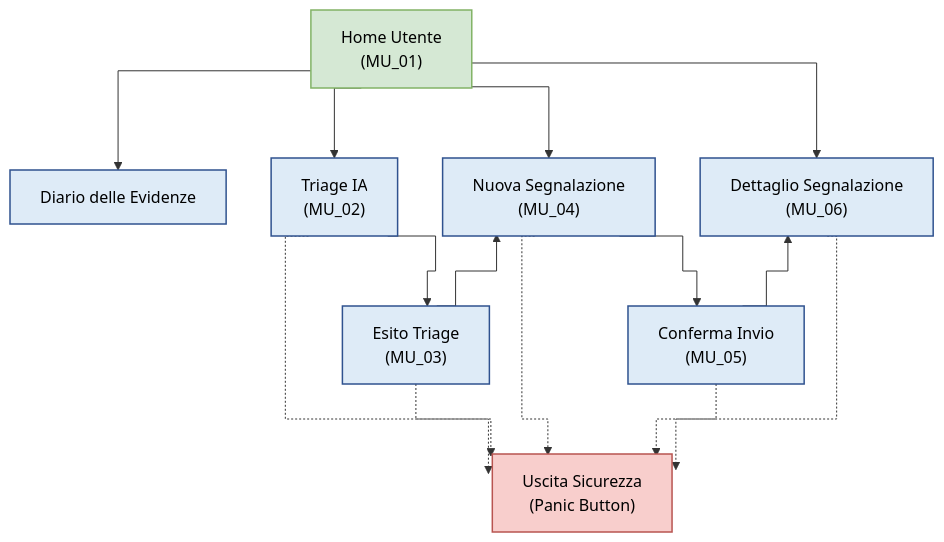
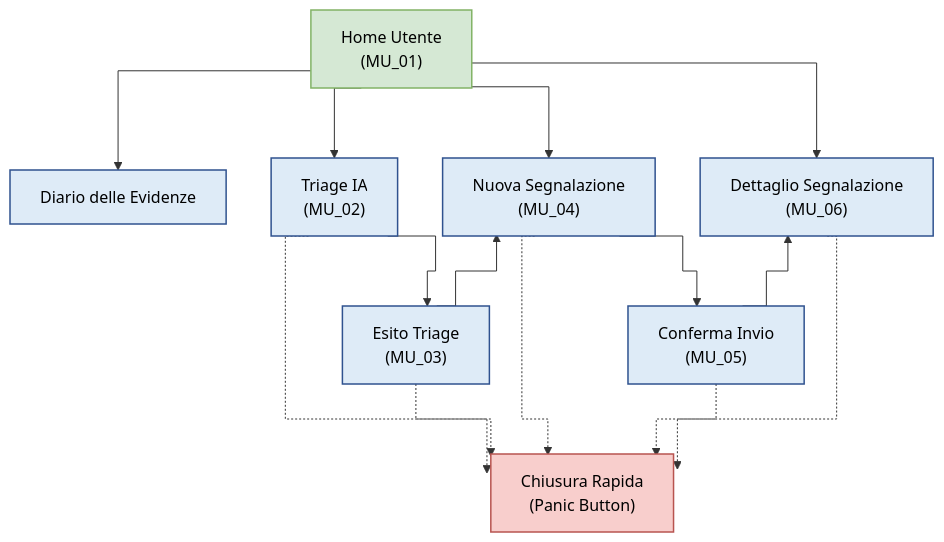
One commit to pharos-oss/pharos changed the diagram in docs/models/navigational/NP_01_Utente.mmd. Above: the diagram before and after it, drawn with Mermaid. The commit also changed 15 other files, not shown here.

```diff
--- a/docs/models/navigational/NP_01_Utente.mmd
+++ b/docs/models/navigational/NP_01_Utente.mmd
@@ -1,40 +1,40 @@
 %%{init: {'flowchart': {'curve': 'stepAfter', 'nodeSpacing': 45, 'rankSpacing': 70}}}%%
 flowchart TD
     %% --- STILI ---
     classDef home fill:#D5E8D4,stroke:#82B366,stroke-width:1.5px,color:#000
     classDef screen fill:#DEEBF7,stroke:#2F528F,stroke-width:1.5px,color:#000
     classDef panic fill:#F8CECC,stroke:#B85450,stroke-width:1.5px,color:#000
 
     %% --- NODI ---
     Home["Home Utente<br/>(MU_01)"]:::home
 
     Diario["Diario delle Evidenze"]:::screen
     MU02["Triage IA<br/>(MU_02)"]:::screen
     MU04["Nuova Segnalazione<br/>(MU_04)"]:::screen
     MU06["Dettaglio Segnalazione<br/>(MU_06)"]:::screen
 
     MU03["Esito Triage<br/>(MU_03)"]:::screen
     MU05["Conferma Invio<br/>(MU_05)"]:::screen
 
-    Panic["Uscita Sicurezza<br/>(Panic Button)"]:::panic
+    Panic["Chiusura Rapida<br/>(Panic Button)"]:::panic
 
     %% --- ALLINEAMENTO LIVELLI ---
     Home --> MU06
     MU06 ~~~ MU05
     Home --> MU04
     MU04 ~~~ MU03
     Home --> MU02
     Home --> Diario
 
     %% --- PROGRESSIONE DEI FLUSSI ---
     MU02 --> MU03
     MU03 --> MU04
     MU04 --> MU05
     MU05 --> MU06
 
-    %% --- USCITA DI EMERGENZA ---
+    %% --- Chiusura Rapida ---
     MU02 -.-> Panic
     MU03 -.-> Panic
     MU04 -.-> Panic
     MU05 -.-> Panic
     MU06 -.-> Panic
```
